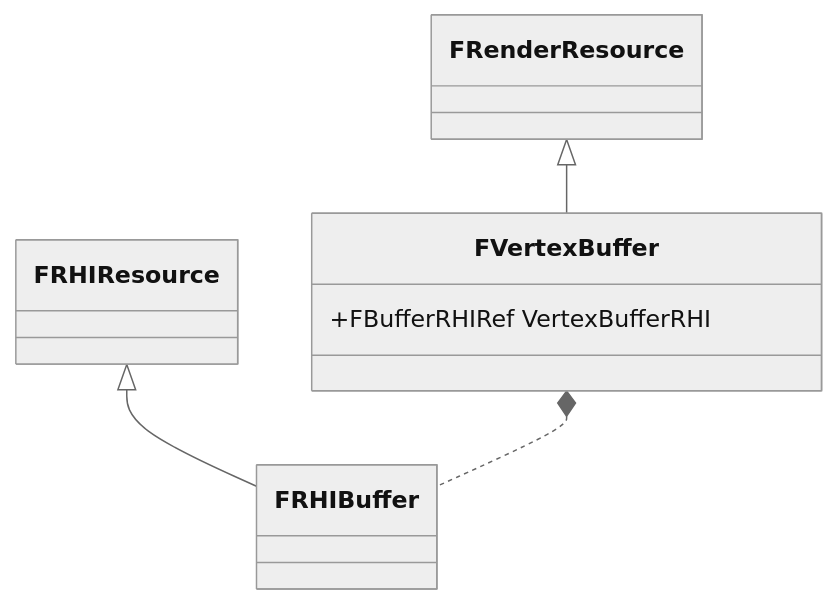
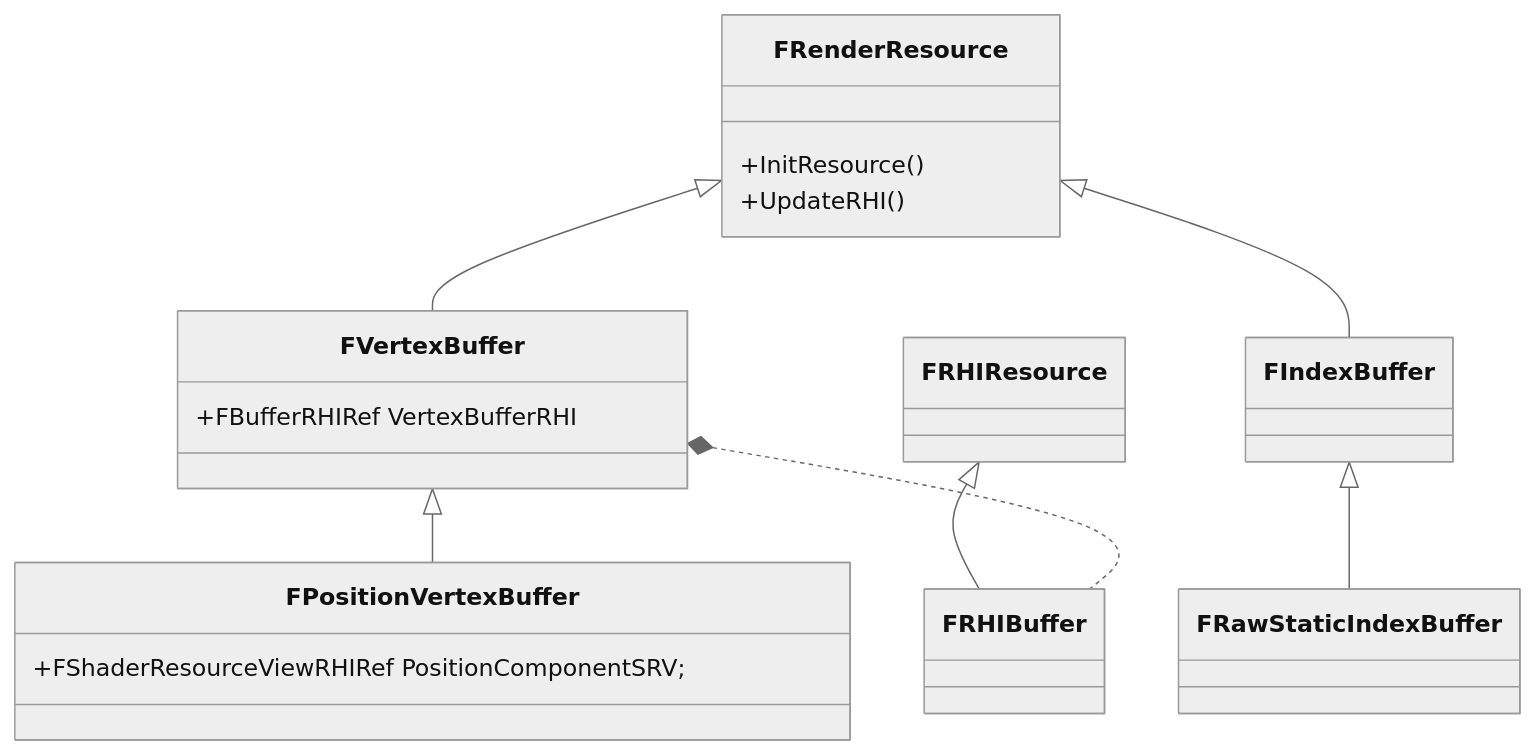
One commit to StormPhoenix/Notebook changed the diagram in notes/reading-notes.graphics-engineering.unreal-engine.renderpipeline-and-framework-design.Buffer 对象.md. Above: the diagram before and after it, drawn with Mermaid (neutral theme). The commit also changed other lines of this file and 7 other files, not shown here.

````diff
--- a/notes/reading-notes.graphics-engineering.unreal-engine.renderpipeline-and-framework-design.Buffer 对象.md
+++ b/notes/reading-notes.graphics-engineering.unreal-engine.renderpipeline-and-framework-design.Buffer 对象.md
@@ -46,15 +46,25 @@
 ```mermaid
   classDiagram
   
-  class FRenderResource 
+  class FRenderResource {
+      +InitResource()
+      +UpdateRHI()
+  }
   class FVertexBuffer {
       +FBufferRHIRef VertexBufferRHI
   }
+  class FPositionVertexBuffer {
+      +FShaderResourceViewRHIRef PositionComponentSRV;
+  }
+  class FIndexBuffer
+  class FRawStaticIndexBuffer
   class FRHIResource
   class FRHIBuffer
 
   FRenderResource <|-- FVertexBuffer
+  FRenderResource <|-- FIndexBuffer
+  FIndexBuffer <|-- FRawStaticIndexBuffer
   FRHIResource <|-- FRHIBuffer
-
+  FVertexBuffer <|-- FPositionVertexBuffer
   FVertexBuffer *.. FRHIBuffer
 ```
````
